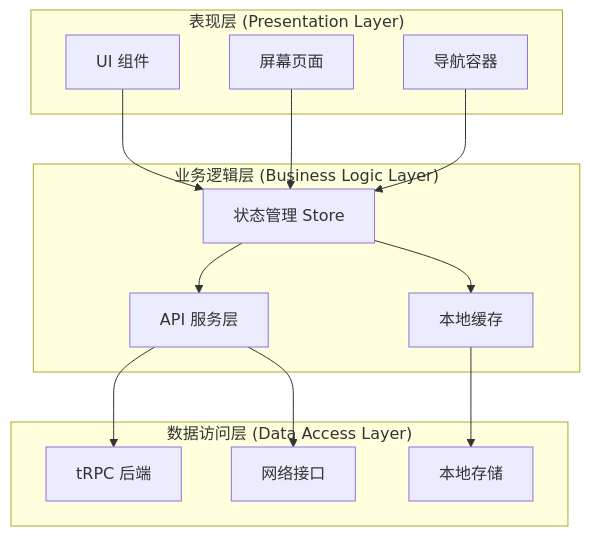
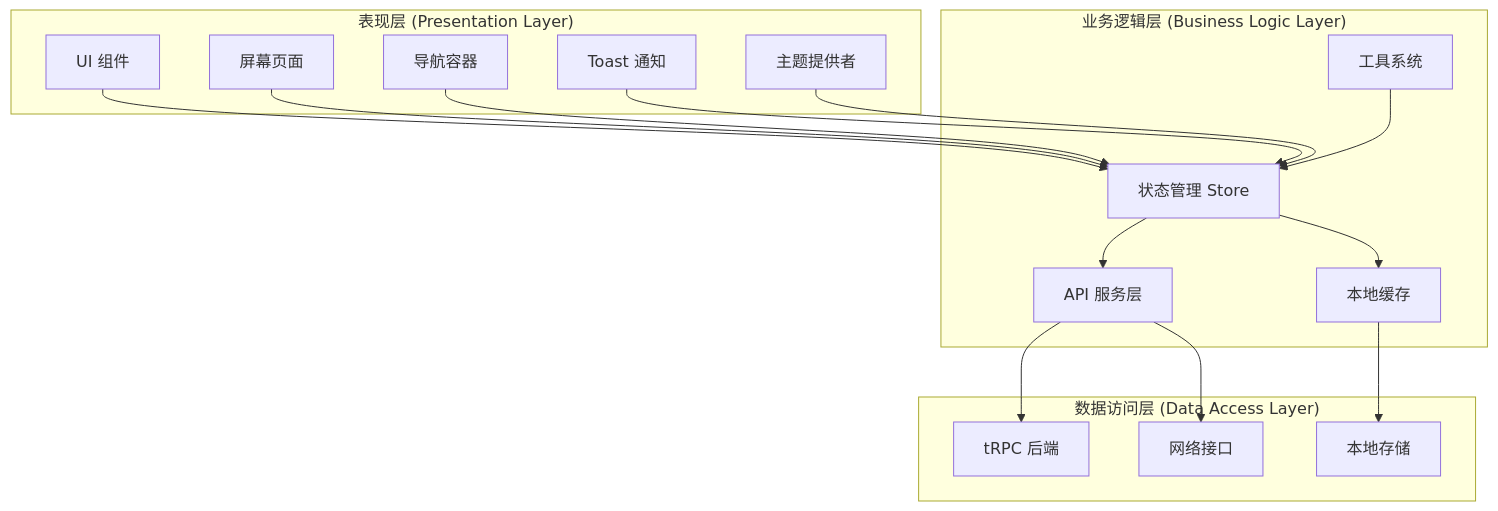
The third of 14 diagrams in .qoder/repowiki/zh/content/开发指南/移动端开发指南.md (AvatoLabs/avato), drawn with Mermaid before and after one commit. The commit also changed other lines of this file and 158 other files, not shown here.

````diff
--- a/.qoder/repowiki/zh/content/开发指南/移动端开发指南.md
+++ b/.qoder/repowiki/zh/content/开发指南/移动端开发指南.md
@@ -114,26 +142,32 @@
 ```mermaid
 graph TB
 subgraph "表现层 (Presentation Layer)"
 A[UI 组件]
 B[屏幕页面]
 C[导航容器]
+D[Toast 通知]
+E[主题提供者]
 end
 subgraph "业务逻辑层 (Business Logic Layer)"
-D[状态管理 Store]
-E[API 服务层]
-F[本地缓存]
+F[状态管理 Store]
+G[API 服务层]
+H[本地缓存]
+I[工具系统]
 end
 subgraph "数据访问层 (Data Access Layer)"
-G[tRPC 后端]
-H[本地存储]
-I[网络接口]
+J[tRPC 后端]
+K[本地存储]
+L[网络接口]
 end
-A --> D
-B --> D
-C --> D
-D --> E
-E --> G
+A --> F
+B --> F
+C --> F
 D --> F
+E --> F
+F --> G
+G --> J
 F --> H
-E --> I
+H --> K
+G --> L
+I --> F
 ```
````
